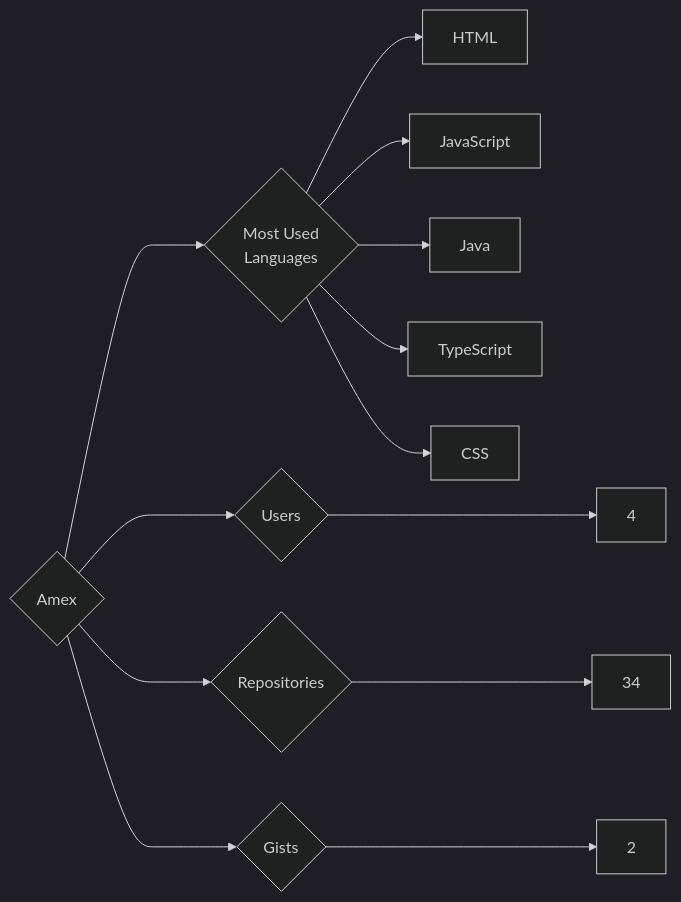
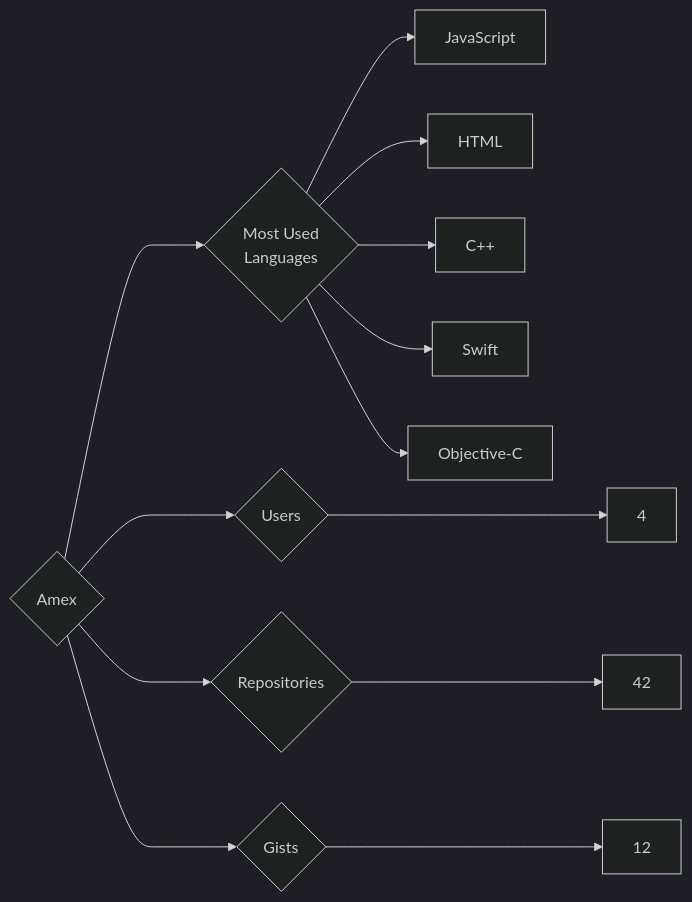
One commit to trickest/insiders changed the diagram in targets/Amex/README.md. Above: the diagram before and after it, drawn with Mermaid (dark theme). The commit also changed 873 other files, not shown here.

````diff
--- a/targets/Amex/README.md
+++ b/targets/Amex/README.md
@@ -3,13 +3,13 @@
 ```mermaid
 graph LR
 COMPANY_NAME{Amex}
 COMPANY_NAME ---> U{Users} ---> UN[4]
-COMPANY_NAME ---> R{Repositories} ---> RN[34]
-COMPANY_NAME ---> G{Gists} ---> GN[2]
+COMPANY_NAME ---> R{Repositories} ---> RN[42]
+COMPANY_NAME ---> G{Gists} ---> GN[12]
 COMPANY_NAME ---> ML{Most Used<br>Languages}
+ML --> JavaScript[JavaScript]
 ML --> HTML[HTML]
-ML --> JavaScript[JavaScript]
-ML --> Java[Java]
-ML --> TypeScript[TypeScript]
-ML --> CSS[CSS]
+ML --> C++[C++]
+ML --> Swift[Swift]
+ML --> Objective-C[Objective-C]
 ```
````
